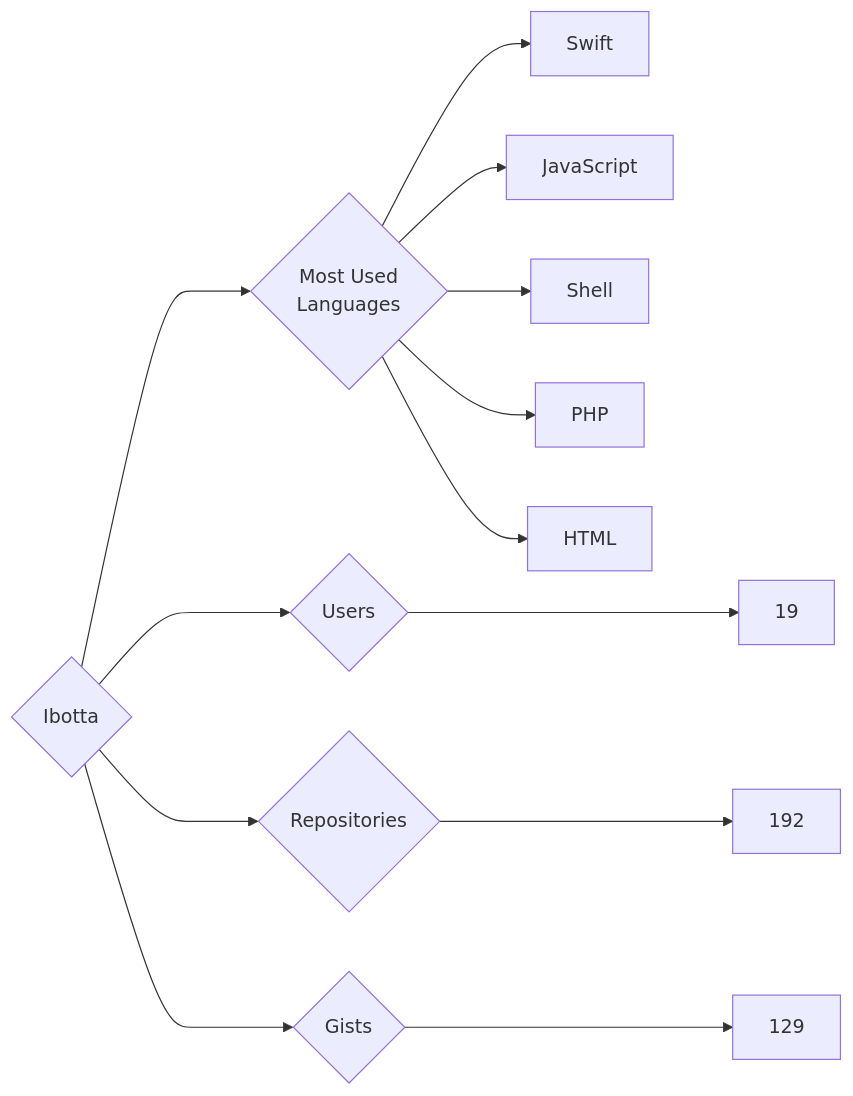
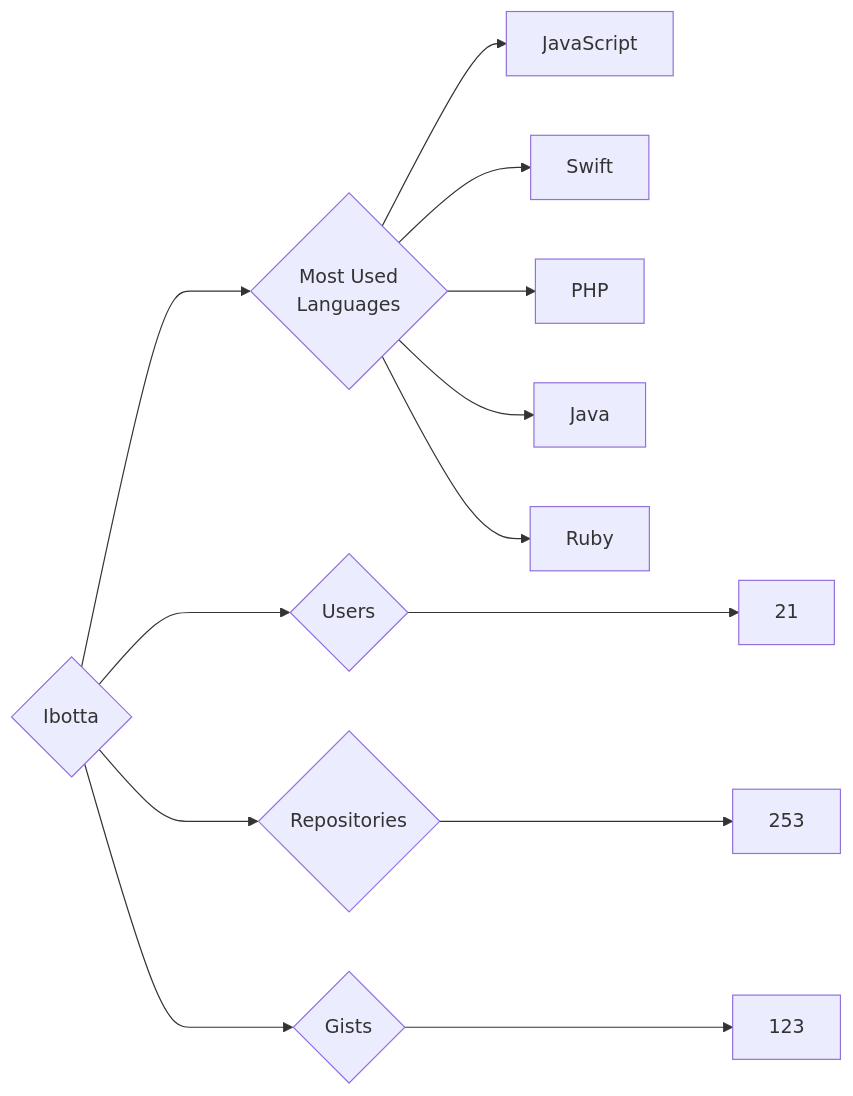
The diagram in targets/Ibotta/README.md (trickest/insiders), drawn with Mermaid before and after one commit. The commit also changed 723 other files, not shown here.

````diff
--- a/targets/Ibotta/README.md
+++ b/targets/Ibotta/README.md
@@ -3,13 +3,13 @@
 ```mermaid
 graph LR
 COMPANY_NAME{Ibotta}
-COMPANY_NAME ---> U{Users} ---> UN[19]
-COMPANY_NAME ---> R{Repositories} ---> RN[192]
-COMPANY_NAME ---> G{Gists} ---> GN[129]
+COMPANY_NAME ---> U{Users} ---> UN[21]
+COMPANY_NAME ---> R{Repositories} ---> RN[253]
+COMPANY_NAME ---> G{Gists} ---> GN[123]
 COMPANY_NAME ---> ML{Most Used<br>Languages}
+ML --> JavaScript[JavaScript]
 ML --> Swift[Swift]
-ML --> JavaScript[JavaScript]
-ML --> Shell[Shell]
 ML --> PHP[PHP]
-ML --> HTML[HTML]
+ML --> Java[Java]
+ML --> Ruby[Ruby]
 ```
````
